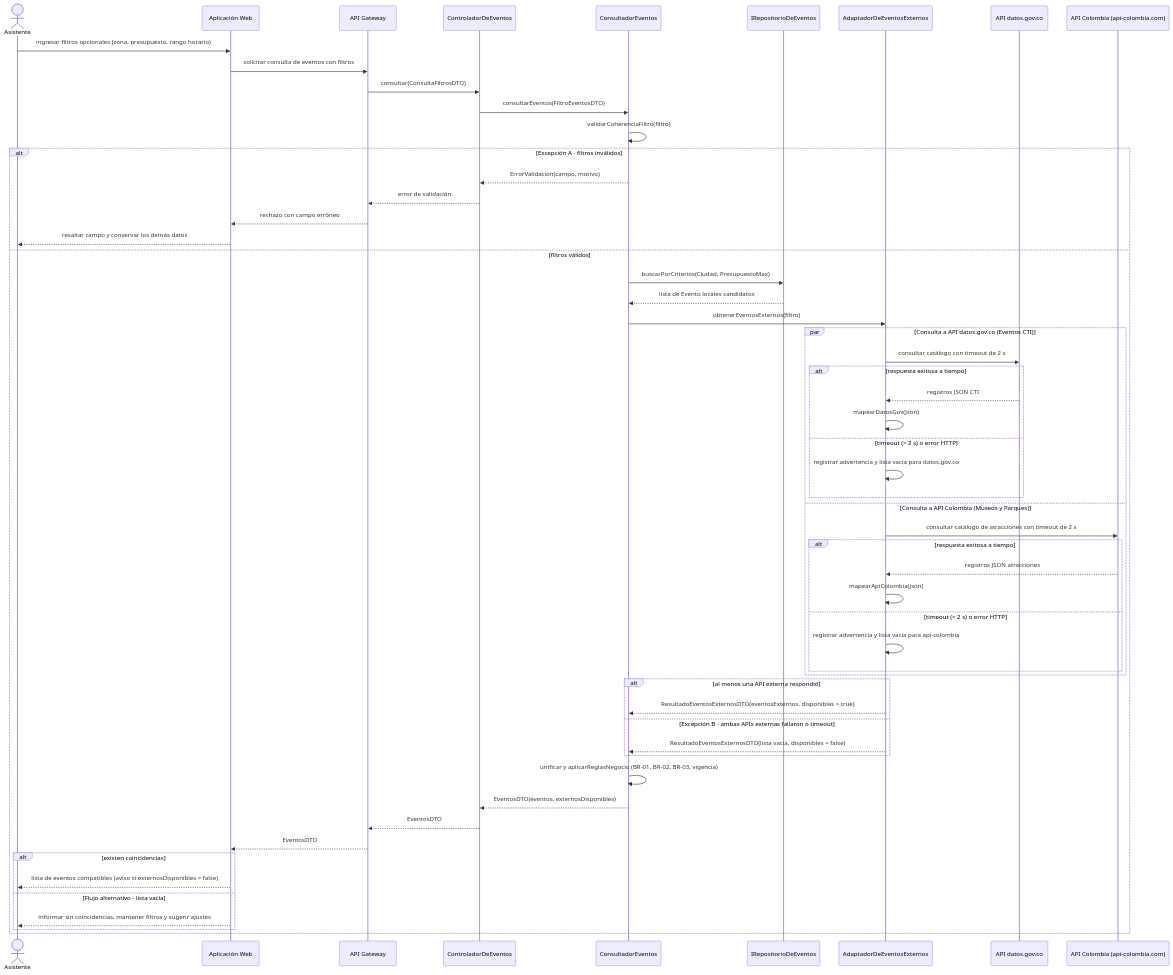
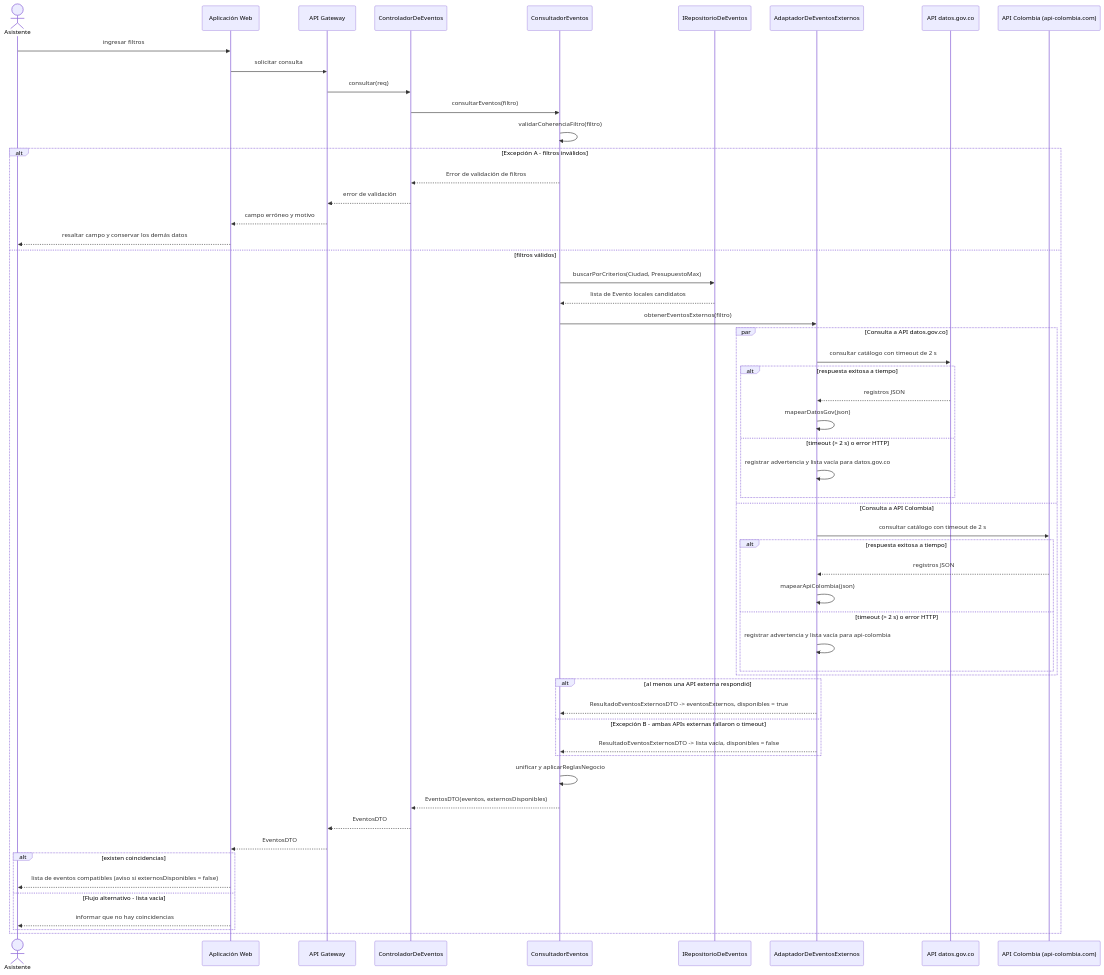
Before and after one commit to ProyectPlanning/Sistema_de_eventos: the first of 3 diagrams in Docs/Design/02_Interaction_and_Data_Design - Version 1.md, drawn with Mermaid. The commit also changed other lines of this file, not shown here.

Commit message:
Refactor interaction flow and error handling messages

````diff
--- a/Docs/Design/02_Interaction_and_Data_Design - Version 1.md
+++ b/Docs/Design/02_Interaction_and_Data_Design - Version 1.md
@@ -24,63 +24,63 @@
 ```mermaid
 sequenceDiagram
     actor U as Asistente
     participant WEB as Aplicación Web
     participant GW as API Gateway
     participant CE as ControladorDeEventos
     participant CO as ConsultadorEventos
     participant REP as IRepositorioDeEventos
     participant EXT as AdaptadorDeEventosExternos
     participant GOV as API datos.gov.co
     participant COL as API Colombia (api-colombia.com)
 
-    U->>WEB: ingresar filtros opcionales (zona, presupuesto, rango horario)
-    WEB->>GW: solicitar consulta de eventos con filtros
-    GW->>CE: consultar(ConsultaFiltrosDTO)
-    CE->>CO: consultarEventos(FiltroEventosDTO)
+    U->>WEB: ingresar filtros
+    WEB->>GW: solicitar consulta 
+    GW->>CE: consultar(req)
+    CE->>CO: consultarEventos(filtro)
     CO->>CO: validarCoherenciaFiltro(filtro)
 
     alt Excepción A - filtros inválidos
-        CO-->>CE: ErrorValidacion(campo, motivo)
+        CO-->>CE: Error de validación de filtros
         CE-->>GW: error de validación
-        GW-->>WEB: rechazo con campo erróneo
+        GW-->>WEB: campo erróneo y motivo
         WEB-->>U: resaltar campo y conservar los demás datos
     else filtros válidos
         CO->>REP: buscarPorCriterios(Ciudad, PresupuestoMax)
         REP-->>CO: lista de Evento locales candidatos
         CO->>EXT: obtenerEventosExternos(filtro)
 
-        par Consulta a API datos.gov.co (Eventos CTI)
+        par Consulta a API datos.gov.co 
             EXT->>GOV: consultar catálogo con timeout de 2 s
             alt respuesta exitosa a tiempo
-                GOV-->>EXT: registros JSON CTI
+                GOV-->>EXT: registros JSON 
                 EXT->>EXT: mapearDatosGov(json)
             else timeout (> 2 s) o error HTTP
                 EXT->>EXT: registrar advertencia y lista vacía para datos.gov.co
             end
-        and Consulta a API Colombia (Museos y Parques)
-            EXT->>COL: consultar catálogo de atracciones con timeout de 2 s
+        and Consulta a API Colombia 
+            EXT->>COL: consultar catálogo con timeout de 2 s
             alt respuesta exitosa a tiempo
-                COL-->>EXT: registros JSON atracciones
+                COL-->>EXT: registros JSON
                 EXT->>EXT: mapearApiColombia(json)
             else timeout (> 2 s) o error HTTP
                 EXT->>EXT: registrar advertencia y lista vacía para api-colombia
             end
         end
 
         alt al menos una API externa respondió
-            EXT-->>CO: ResultadoEventosExternosDTO(eventosExternos, disponibles = true)
+            EXT-->>CO: ResultadoEventosExternosDTO -> eventosExternos, disponibles = true
         else Excepción B - ambas APIs externas fallaron o timeout
-            EXT-->>CO: ResultadoEventosExternosDTO(lista vacía, disponibles = false)
+            EXT-->>CO: ResultadoEventosExternosDTO -> lista vacía, disponibles = false
         end
 
-        CO->>CO: unificar y aplicarReglasNegocio (BR-01, BR-02, BR-03, vigencia)
+        CO->>CO: unificar y aplicarReglasNegocio
         CO-->>CE: EventosDTO(eventos, externosDisponibles)
         CE-->>GW: EventosDTO
         GW-->>WEB: EventosDTO
         alt existen coincidencias
             WEB-->>U: lista de eventos compatibles (aviso si externosDisponibles = false)
         else Flujo alternativo - lista vacía
-            WEB-->>U: informar sin coincidencias, mantener filtros y sugerir ajustes
+            WEB-->>U: informar que no hay coincidencias
         end
     end
 ```
````
